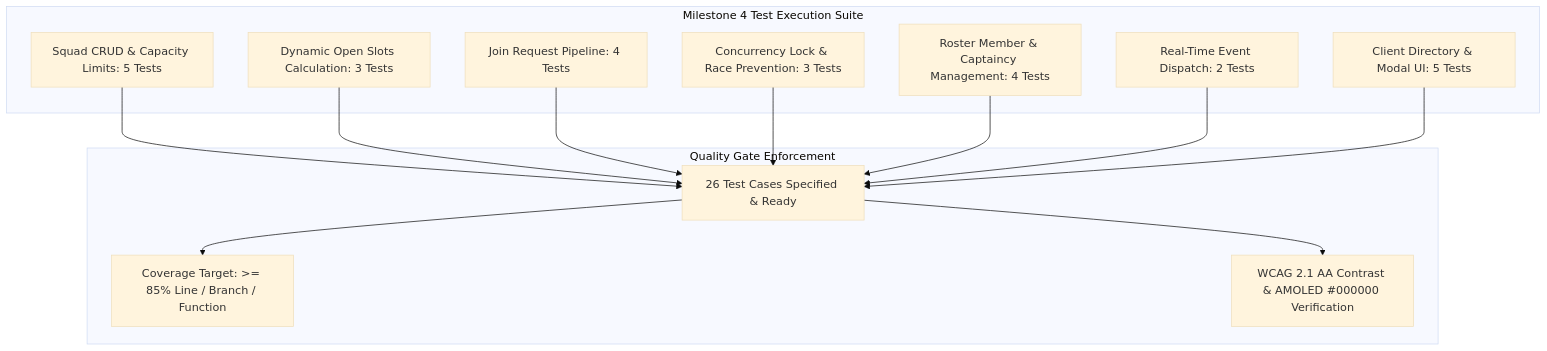
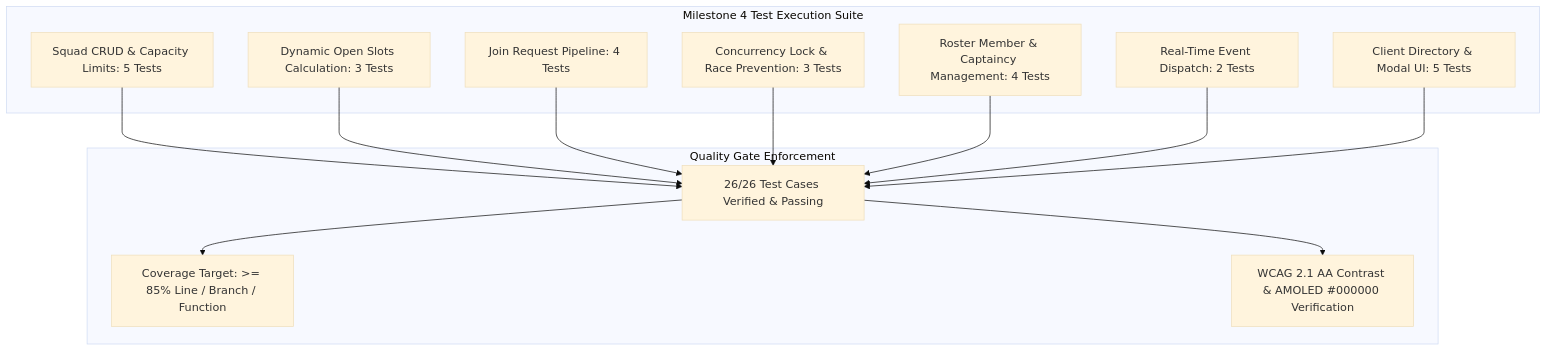
The diagram in docs/internal/testing/llt/squad-recruitment.md (hrutavmodha/smex-store), drawn with Mermaid (base theme) before and after one commit. The commit also changed other lines of this file and 22 other files, not shown here.

````diff
--- a/docs/internal/testing/llt/squad-recruitment.md
+++ b/docs/internal/testing/llt/squad-recruitment.md
@@ -17,28 +17,28 @@
 ```mermaid
 flowchart TD
     subgraph TestSuite["Milestone 4 Test Execution Suite"]
         TC_CRUD["Squad CRUD & Capacity Limits: 5 Tests"]
         TC_SLOTS["Dynamic Open Slots Calculation: 3 Tests"]
         TC_REQUEST["Join Request Pipeline: 4 Tests"]
         TC_CONCURRENCY["Concurrency Lock & Race Prevention: 3 Tests"]
         TC_MEMBERS["Roster Member & Captaincy Management: 4 Tests"]
         TC_NOTIF["Real-Time Event Dispatch: 2 Tests"]
         TC_UI["Client Directory & Modal UI: 5 Tests"]
     end
 
     subgraph QualityGate["Quality Gate Enforcement"]
-        READY["26 Test Cases Specified & Ready"]
+        READY["26/26 Test Cases Verified & Passing"]
         COV["Coverage Target: >= 85% Line / Branch / Function"]
         A11Y["WCAG 2.1 AA Contrast & AMOLED #000000 Verification"]
     end
 
     TC_CRUD --> READY
     TC_SLOTS --> READY
     TC_REQUEST --> READY
     TC_CONCURRENCY --> READY
     TC_MEMBERS --> READY
     TC_NOTIF --> READY
     TC_UI --> READY
     READY --> COV
     READY --> A11Y
 ```
````
